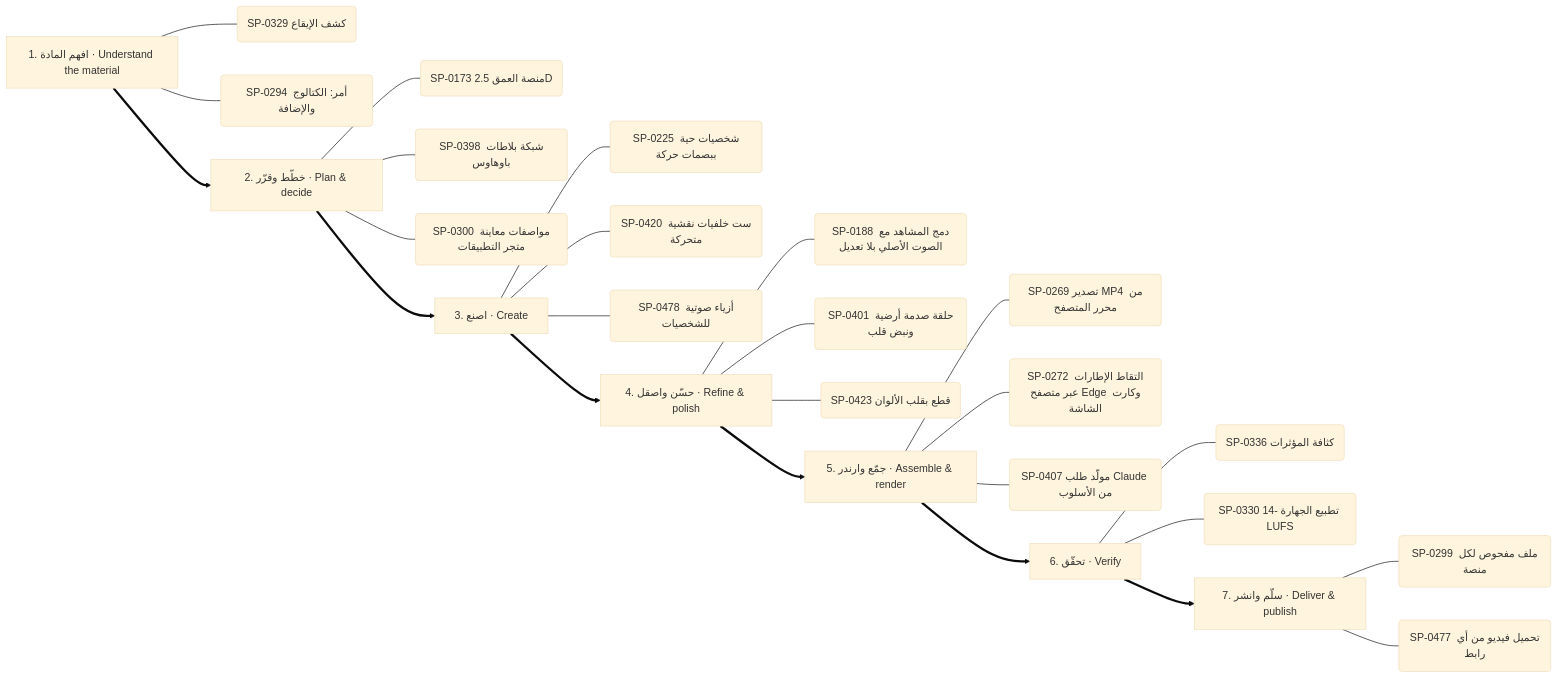
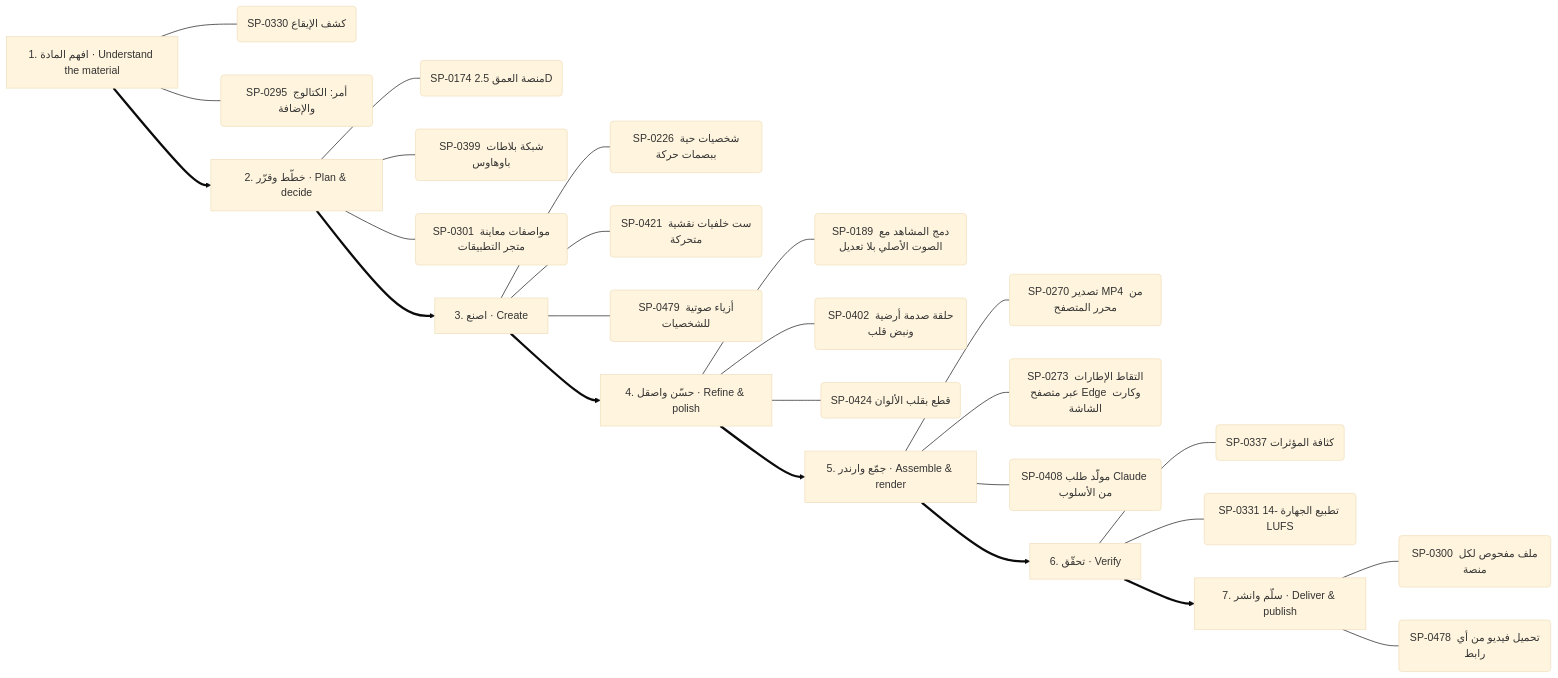
One commit to kosif199022-jpg/kosif-tool changed the fourth of 13 diagrams in .claude/skills/kosif-superpowers/references/capability-mindmap.md. Above: the diagram before and after it, drawn with Mermaid (base theme). The commit also changed other lines of this file and 57 other files, not shown here.

````diff
--- a/.claude/skills/kosif-superpowers/references/capability-mindmap.md
+++ b/.claude/skills/kosif-superpowers/references/capability-mindmap.md
@@ -229,34 +229,34 @@
 ```mermaid
 flowchart LR
   S0["1. افهم المادة · Understand the material"]
-  S0 --- S0_0("SP-0329 كشف الإيقاع")
-  S0 --- S0_1("SP-0294 أمر: الكتالوج والإضافة")
+  S0 --- S0_0("SP-0330 كشف الإيقاع")
+  S0 --- S0_1("SP-0295 أمر: الكتالوج والإضافة")
   S1["2. خطّط وقرّر · Plan & decide"]
-  S1 --- S1_0("SP-0173 منصة العمق 2.5D")
-  S1 --- S1_1("SP-0398 شبكة بلاطات باوهاوس")
-  S1 --- S1_2("SP-0300 مواصفات معاينة متجر التطبيقات")
+  S1 --- S1_0("SP-0174 منصة العمق 2.5D")
+  S1 --- S1_1("SP-0399 شبكة بلاطات باوهاوس")
+  S1 --- S1_2("SP-0301 مواصفات معاينة متجر التطبيقات")
   S0 ==> S1
   S2["3. اصنع · Create"]
-  S2 --- S2_0("SP-0225 شخصيات حية ببصمات حركة")
-  S2 --- S2_1("SP-0420 ست خلفيات نقشية متحركة")
-  S2 --- S2_2("SP-0478 أزياء صوتية للشخصيات")
+  S2 --- S2_0("SP-0226 شخصيات حية ببصمات حركة")
+  S2 --- S2_1("SP-0421 ست خلفيات نقشية متحركة")
+  S2 --- S2_2("SP-0479 أزياء صوتية للشخصيات")
   S1 ==> S2
   S3["4. حسّن واصقل · Refine & polish"]
-  S3 --- S3_0("SP-0188 دمج المشاهد مع الصوت الأصلي بلا تعديل")
-  S3 --- S3_1("SP-0401 حلقة صدمة أرضية ونبض قلب")
-  S3 --- S3_2("SP-0423 قطع بقلب الألوان")
+  S3 --- S3_0("SP-0189 دمج المشاهد مع الصوت الأصلي بلا تعديل")
+  S3 --- S3_1("SP-0402 حلقة صدمة أرضية ونبض قلب")
+  S3 --- S3_2("SP-0424 قطع بقلب الألوان")
   S2 ==> S3
   S4["5. جمّع وارندر · Assemble & render"]
-  S4 --- S4_0("SP-0269 تصدير MP4 من محرر المتصفح")
-  S4 --- S4_1("SP-0272 التقاط الإطارات عبر متصفح Edge وكارت الشاشة")
-  S4 --- S4_2("SP-0407 مولّد طلب Claude من الأسلوب")
+  S4 --- S4_0("SP-0270 تصدير MP4 من محرر المتصفح")
+  S4 --- S4_1("SP-0273 التقاط الإطارات عبر متصفح Edge وكارت الشاشة")
+  S4 --- S4_2("SP-0408 مولّد طلب Claude من الأسلوب")
   S3 ==> S4
   S5["6. تحقّق · Verify"]
-  S5 --- S5_0("SP-0336 كثافة المؤثرات")
-  S5 --- S5_1("SP-0330 تطبيع الجهارة -14 LUFS")
+  S5 --- S5_0("SP-0337 كثافة المؤثرات")
+  S5 --- S5_1("SP-0331 تطبيع الجهارة -14 LUFS")
   S4 ==> S5
   S6["7. سلّم وانشر · Deliver & publish"]
-  S6 --- S6_0("SP-0299 ملف مفحوص لكل منصة")
-  S6 --- S6_1("SP-0477 تحميل فيديو من أي رابط")
+  S6 --- S6_0("SP-0300 ملف مفحوص لكل منصة")
+  S6 --- S6_1("SP-0478 تحميل فيديو من أي رابط")
   S5 ==> S6
 ```
````
